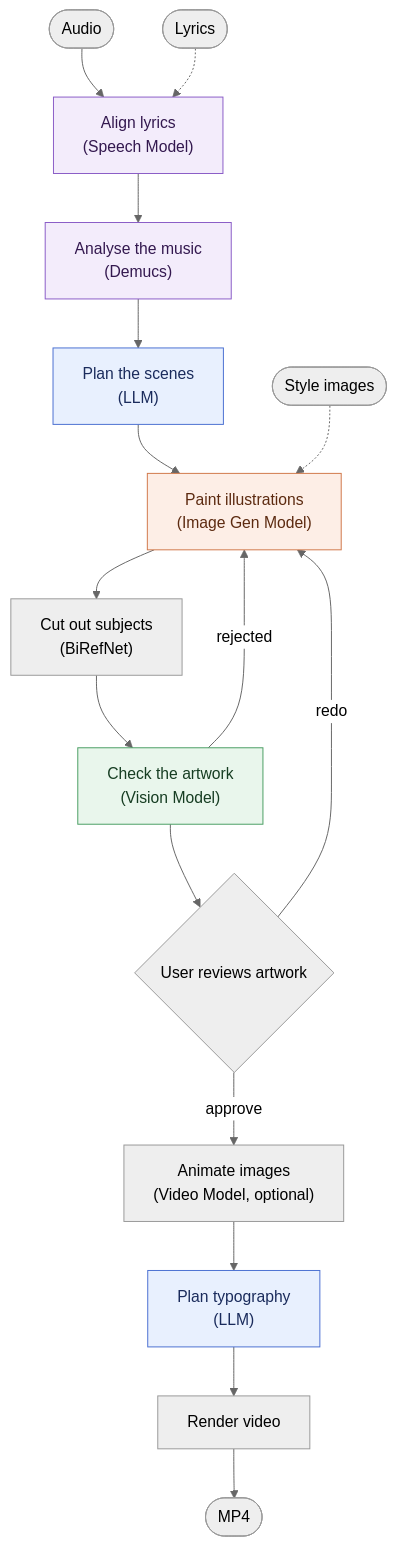
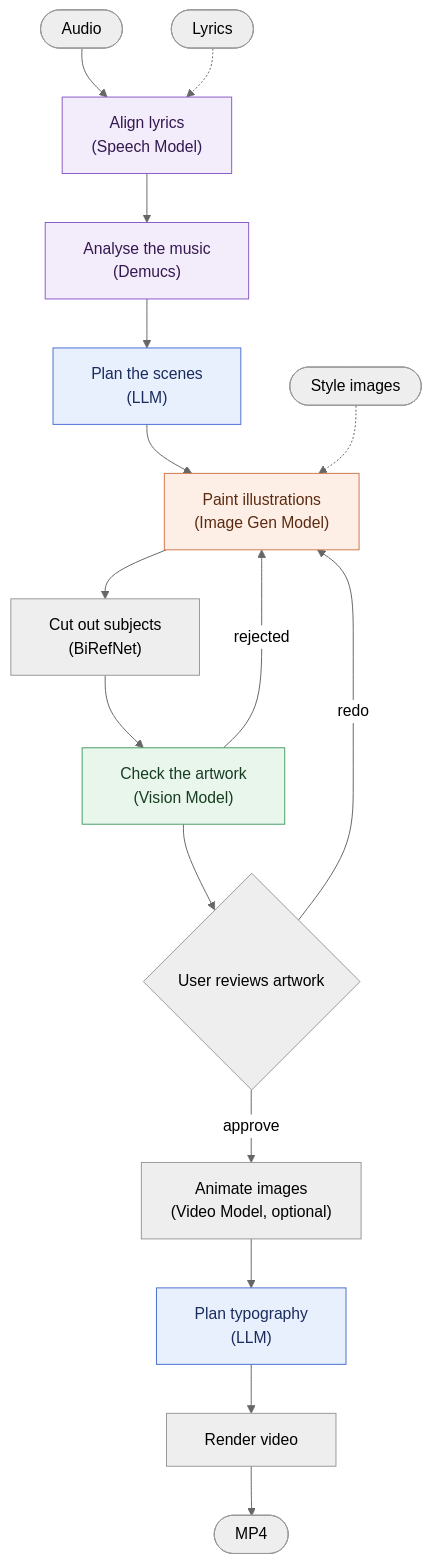
One commit to joncastillo/Kinetic_Lyrics changed the first of 2 diagrams in README.md. Above: the diagram before and after it, drawn with Mermaid (neutral theme). The commit also changed other lines of this file and 1 other file, not shown here.

Commit message:
Keep README diagram labels from being clipped on GitHub
Pad the labels with non-breaking spaces so GitHub's diagram boxes leave
room for the text, which it measures before its web font loads.

Also attach the gallery image observer once the page has loaded:
studio-models.js runs in <head>, before the gallery and $ exist.

````diff
--- a/README.md
+++ b/README.md
@@ -16,27 +16,27 @@
 ```mermaid
 flowchart TD
-    A([Audio]) --> B["Align lyrics<br/>(Speech Model)"]
-    L([Lyrics]) -.-> B
-    B --> C["Analyse the music<br/>(Demucs)"]
-    C --> D["Plan the scenes<br/>(LLM)"]
-    D --> E["Paint illustrations<br/>(Image Gen Model)"]
-    S([Style images]) -.-> E
-    E --> F["Cut out subjects<br/>(BiRefNet)"]
-    F --> R["Check the artwork<br/>(Vision Model)"]
+    A(["#nbsp;#nbsp;Audio#nbsp;#nbsp;"]) --> B["#nbsp;#nbsp;Align lyrics#nbsp;#nbsp;<br/>(Speech Model)"]
+    L(["#nbsp;#nbsp;Lyrics#nbsp;#nbsp;"]) -.-> B
+    B --> C["#nbsp;#nbsp;Analyse the music#nbsp;#nbsp;<br/>(Demucs)"]
+    C --> D["#nbsp;#nbsp;Plan the scenes#nbsp;#nbsp;<br/>(LLM)"]
+    D --> E["#nbsp;#nbsp;Paint illustrations#nbsp;#nbsp;<br/>(Image Gen Model)"]
+    S(["#nbsp;#nbsp;Style images#nbsp;#nbsp;"]) -.-> E
+    E --> F["#nbsp;#nbsp;Cut out subjects#nbsp;#nbsp;<br/>(BiRefNet)"]
+    F --> R["#nbsp;#nbsp;Check the artwork#nbsp;#nbsp;<br/>(Vision Model)"]
     R -- rejected --> E
-    R --> G{User reviews artwork}
+    R --> G{"#nbsp;#nbsp;User reviews artwork#nbsp;#nbsp;"}
     G -- redo --> E
-    G -- approve --> K["Animate images<br/>(Video Model, optional)"]
-    K --> H["Plan typography<br/>(LLM)"]
-    H --> I[Render video]
-    I --> V([MP4])
+    G -- approve --> K["#nbsp;#nbsp;Animate images#nbsp;#nbsp;<br/>(Video Model, optional)"]
+    K --> H["#nbsp;#nbsp;Plan typography#nbsp;#nbsp;<br/>(LLM)"]
+    H --> I["#nbsp;#nbsp;Render video#nbsp;#nbsp;"]
+    I --> V(["#nbsp;#nbsp;MP4#nbsp;#nbsp;"])
 
     classDef llm fill:#e8f0fe,stroke:#4a6fd1,color:#1a2b5c
     classDef image fill:#fdeee6,stroke:#d1784a,color:#5c2a10
     classDef vision fill:#e9f6ec,stroke:#4a9e63,color:#163d22
     classDef audio fill:#f3ecfb,stroke:#8a5cc7,color:#33184f
     class D,H llm
     class E image
     class R vision
     class B,C audio
 ```
````
